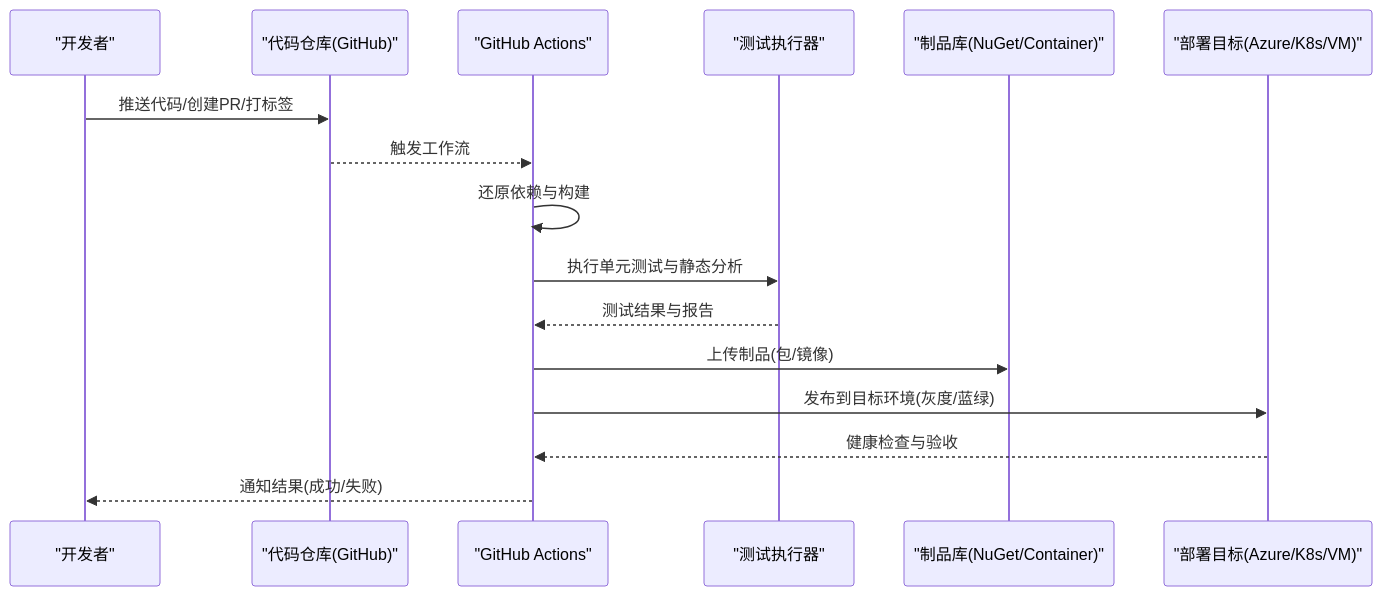
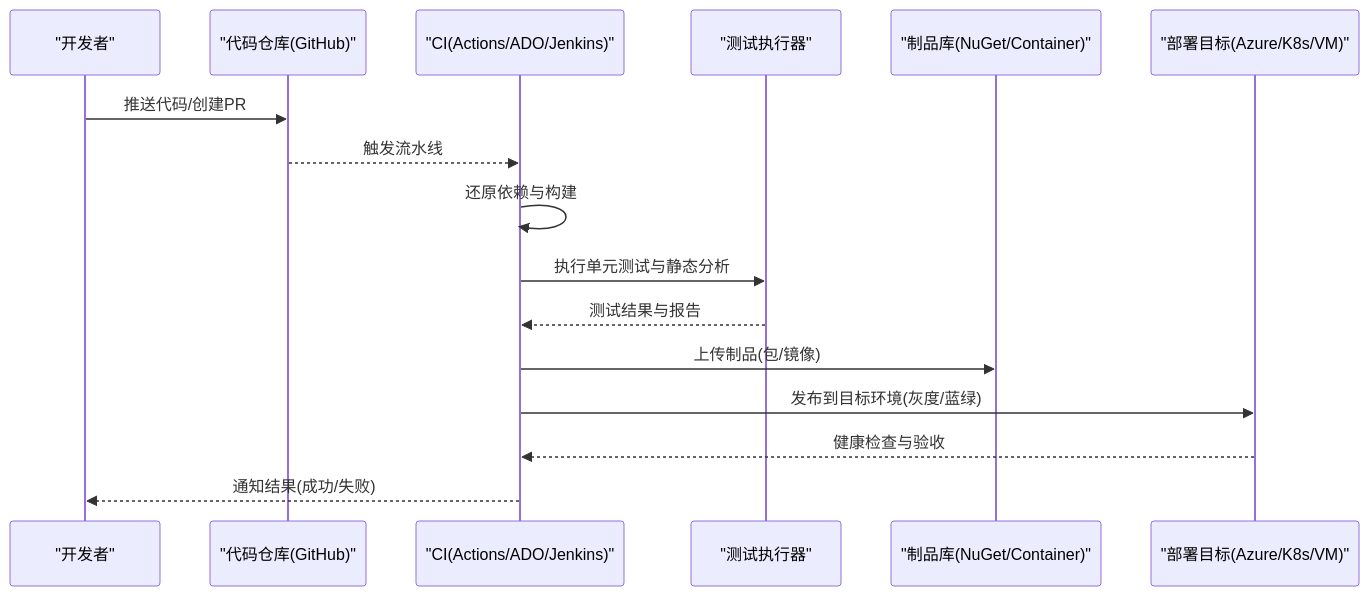
The second of 3 diagrams in .qoder/repowiki/zh/content/部署与发布/CI_CD流水线配置.md (alivy/AutoCode), drawn with Mermaid before and after one commit. The commit also changed other lines of this file and 152 other files, not shown here.

````diff
--- a/.qoder/repowiki/zh/content/部署与发布/CI_CD流水线配置.md
+++ b/.qoder/repowiki/zh/content/部署与发布/CI_CD流水线配置.md
@@ -119,18 +97,18 @@
 ```mermaid
 sequenceDiagram
 participant Dev as "开发者"
 participant GH as "代码仓库(GitHub)"
-participant CI as "GitHub Actions"
+participant CI as "CI(Actions/ADO/Jenkins)"
 participant Test as "测试执行器"
 participant Art as "制品库(NuGet/Container)"
 participant Deploy as "部署目标(Azure/K8s/VM)"
-Dev->>GH : 推送代码/创建PR/打标签
-GH-->>CI : 触发工作流
+Dev->>GH : 推送代码/创建PR
+GH-->>CI : 触发流水线
 CI->>CI : 还原依赖与构建
 CI->>Test : 执行单元测试与静态分析
 Test-->>CI : 测试结果与报告
 CI->>Art : 上传制品(包/镜像)
 CI->>Deploy : 发布到目标环境(灰度/蓝绿)
 Deploy-->>CI : 健康检查与验收
 CI-->>Dev : 通知结果(成功/失败)
 ```
````
